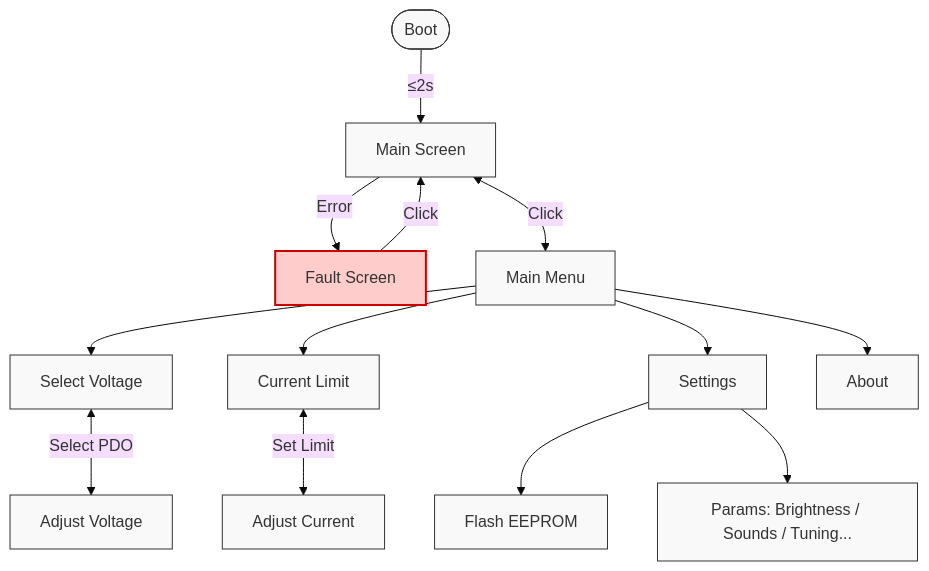
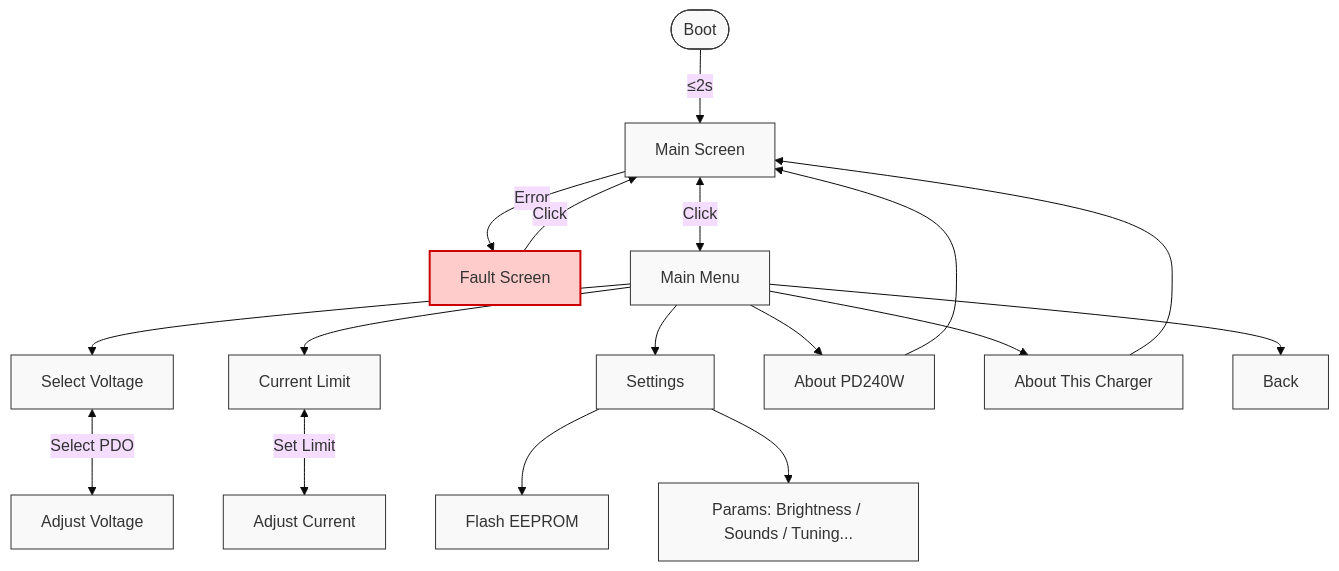
One commit to theohg/PD240W changed the diagram in README.md. Above: the diagram before and after it, drawn with Mermaid (base theme). The commit also changed other lines of this file and 8 other files, not shown here.

````diff
--- a/README.md
+++ b/README.md
@@ -144,25 +144,29 @@
 ```mermaid
 graph TD
   %% Nodes
       Boot([Boot]) -->|≤2s| Main[Main Screen]
       Main -->|Error| Fault[Fault Screen]
       Fault -->|Click| Main
       
       Main <-->|Click| Menu[Main Menu]
 
       Menu --> Voltage[Select Voltage]
       Menu --> Current[Current Limit]
       Menu --> Settings[Settings]
-      Menu --> About[About]
+      Menu --> AboutFirmware[About PD240W]
+      Menu --> AboutCharger[About This Charger]
+      Menu --> Back[Back]
 
       Voltage <-->|Select PDO| AdjV[Adjust Voltage]
       Current <-->|Set Limit| AdjC[Adjust Current]
       
       Settings --> EEPROM[Flash EEPROM]
       Settings --> Configs[Params: Brightness / Sounds / Tuning...]
+      AboutFirmware --> Main
+      AboutCharger --> Main
       
       %% Styling
       classDef default fill:#f9f9f9,stroke:#333,stroke-width:1px;
       classDef alert fill:#ffcccc,stroke:#cc0000,stroke-width:2px;
       class Fault alert;
 ```
````
